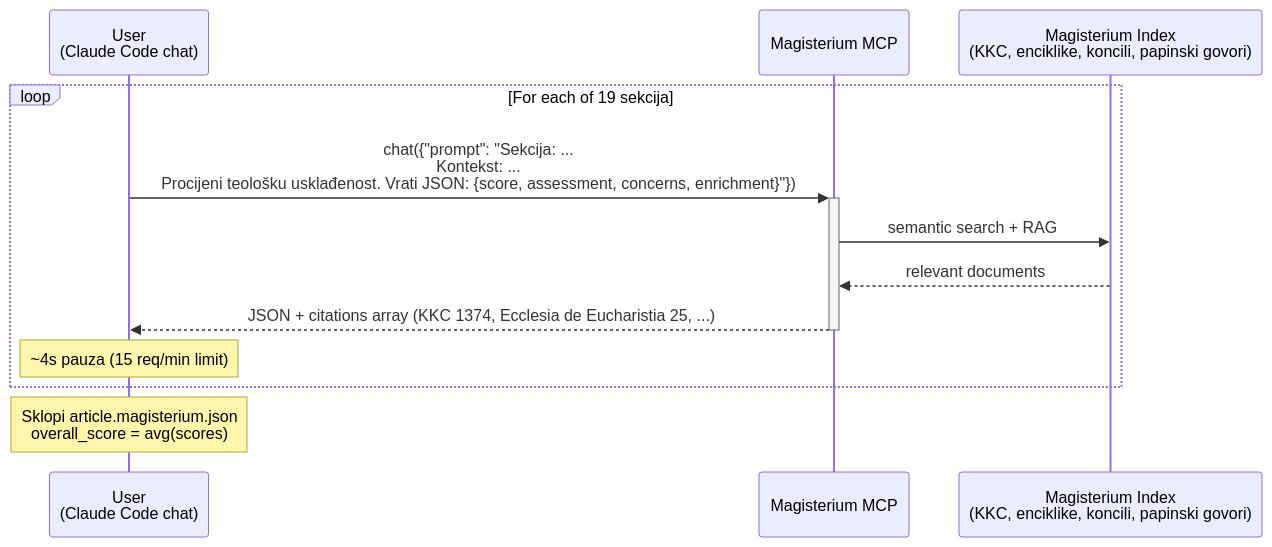
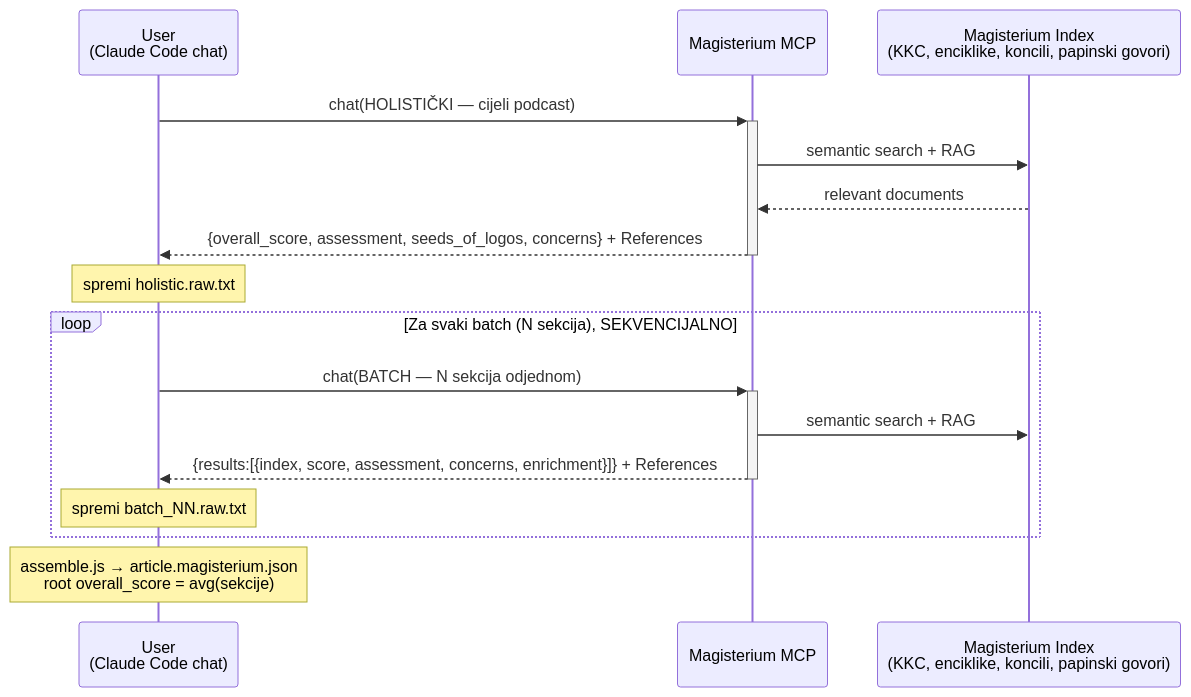
The seventh of 11 diagrams in docs/PIPELINE.md (domovinatv/fetch.domovina.tv), drawn with Mermaid before and after one commit. The commit also changed other lines of this file, not shown here.

Commit message:
docs(pipeline): korak 8.5 delegira na hibridni MAGISTERIUM_MCP_RUN.md + screenshot fallback
- korak 8.5: zamijenjen naivni "1 chat po sekciji" opis delegacijom na
  docs/MAGISTERIUM_MCP_RUN.md (holistički + batch + assemble.js); mermaid
  sequence ažuriran na hibridni flow (holistic → batch loop → assemble)
- autonomous-mode pravilo 4: eksplicitno traži hibridni flow, ne per-section
- korak 10: anti-bot fallback je sad automatski u screenshot_youtube.js
  (findBestLocalVideo + antiBotOfflineMode), ne ručni cookbook korak
- reference tablica: dodani MAGISTERIUM_MCP_RUN.md + magisterium_mcp_hybrid_2026-05.md

````diff
--- a/docs/PIPELINE.md
+++ b/docs/PIPELINE.md
@@ -316,15 +324,19 @@
 ```mermaid
 sequenceDiagram
     participant U as User<br/>(Claude Code chat)
     participant M as Magisterium MCP
     participant Vatican as Magisterium Index<br/>(KKC, enciklike, koncili, papinski govori)
 
-    loop For each of 19 sekcija
-        U->>+M: chat({"prompt": "Sekcija: ...<br/>Kontekst: ...<br/>Procijeni teološku usklađenost. Vrati JSON: {score, assessment, concerns, enrichment}"})
+    U->>+M: chat(HOLISTIČKI — cijeli podcast)
+    M->>Vatican: semantic search + RAG
+    Vatican-->>M: relevant documents
+    M-->>-U: {overall_score, assessment, seeds_of_logos, concerns} + References
+    Note over U: spremi holistic.raw.txt
+    loop Za svaki batch (N sekcija), SEKVENCIJALNO
+        U->>+M: chat(BATCH — N sekcija odjednom)
         M->>Vatican: semantic search + RAG
-        Vatican-->>M: relevant documents
-        M-->>-U: JSON + citations array (KKC 1374, Ecclesia de Eucharistia 25, ...)
-        Note over U: ~4s pauza (15 req/min limit)
+        M-->>-U: {results:[{index, score, assessment, concerns, enrichment}]} + References
+        Note over U: spremi batch_NN.raw.txt
     end
-    Note over U: Sklopi article.magisterium.json<br/>overall_score = avg(scores)
+    Note over U: assemble.js → article.magisterium.json<br/>root overall_score = avg(sekcije)
 ```
````
